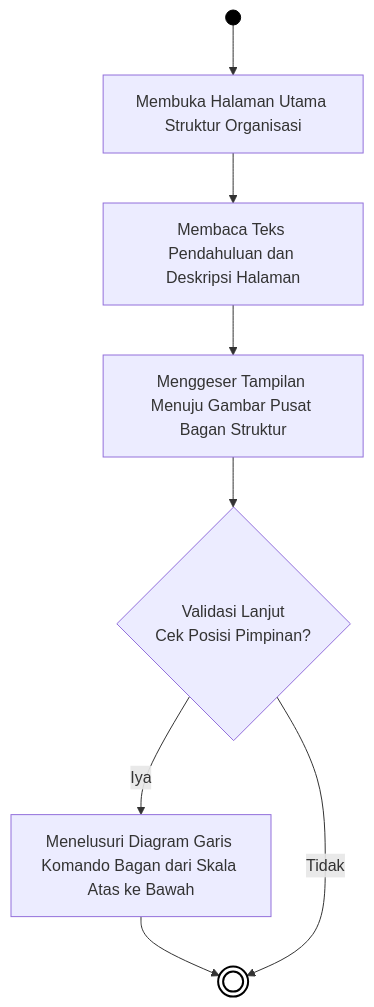
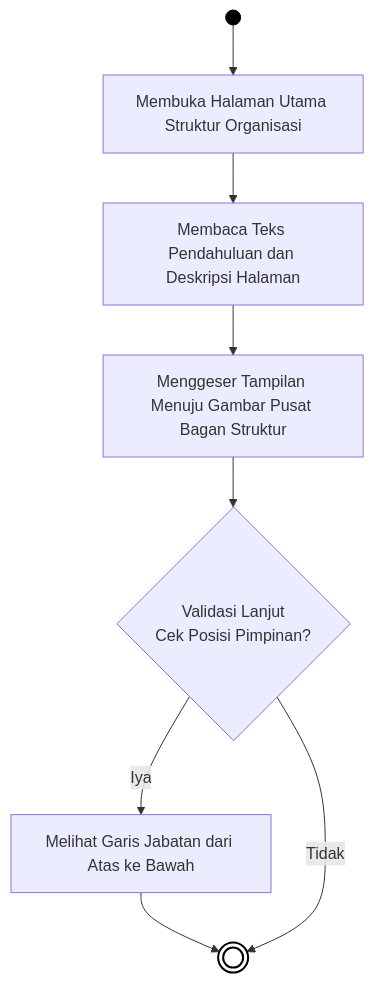
The fifth of 12 diagrams in docs/01B_DIAGRAM_AKTIVITAS_PUBLIK.md (arbain-dev/Web_fikom), drawn with Mermaid before and after one commit. The commit also changed other lines of this file, not shown here.

Commit message:
docs: menyederhanakan bahasa teknis diagram dan menambahkan 6 diagram UX publik tambahan

````diff
--- a/docs/01B_DIAGRAM_AKTIVITAS_PUBLIK.md
+++ b/docs/01B_DIAGRAM_AKTIVITAS_PUBLIK.md
@@ -145,16 +145,16 @@
 ```mermaid
 flowchart TD
     Start(( )) --> A[Membuka Halaman Utama Struktur Organisasi]
     
     A --> B[Membaca Teks Pendahuluan dan Deskripsi Halaman]
     B --> C[Menggeser Tampilan Menuju Gambar Pusat Bagan Struktur]
     
     C --> D{Validasi Lanjut\nCek Posisi Pimpinan?}
-    D -- Iya --> E[Menelusuri Diagram Garis Komando Bagan dari Skala Atas ke Bawah]
+    D -- Iya --> E[Melihat Garis Jabatan dari Atas ke Bawah]
     E --> End((( )))
     
     D -- Tidak --> End
     
     style Start fill:#000,stroke:#000,color:#000
     style End fill:#fff,stroke:#000,stroke-width:2px
 ```
````
